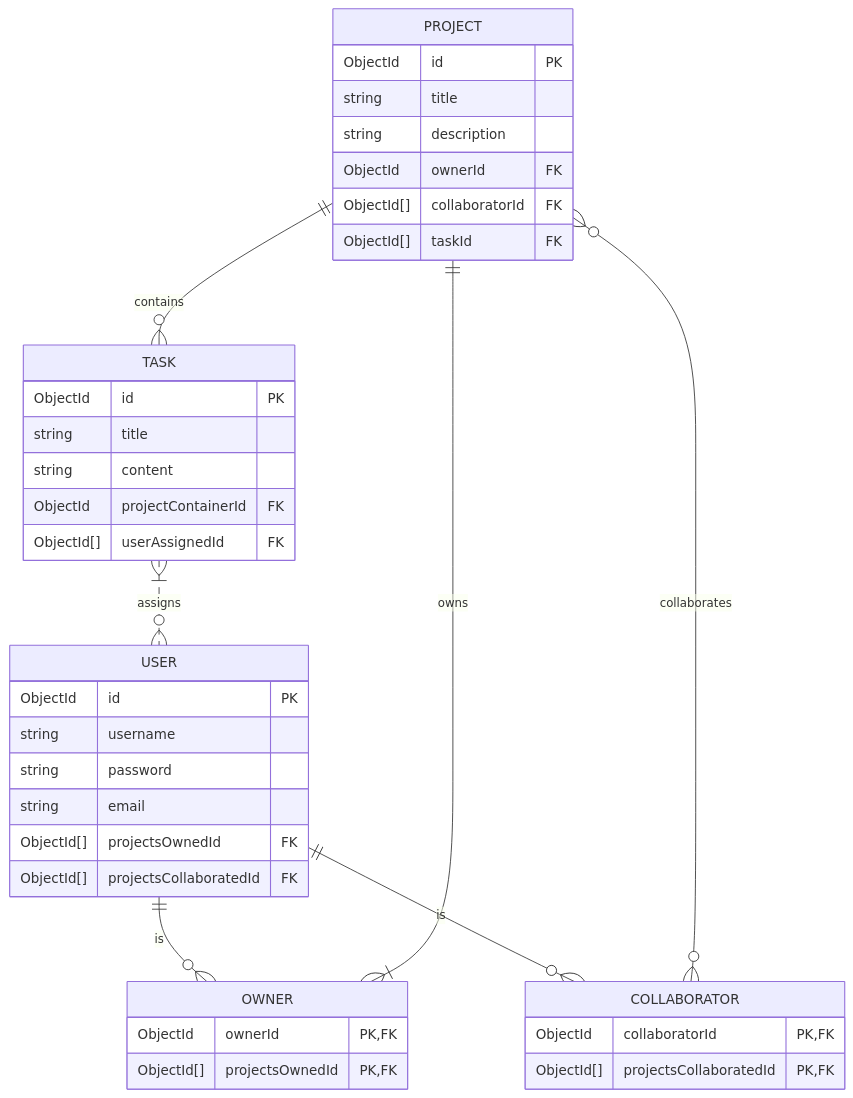
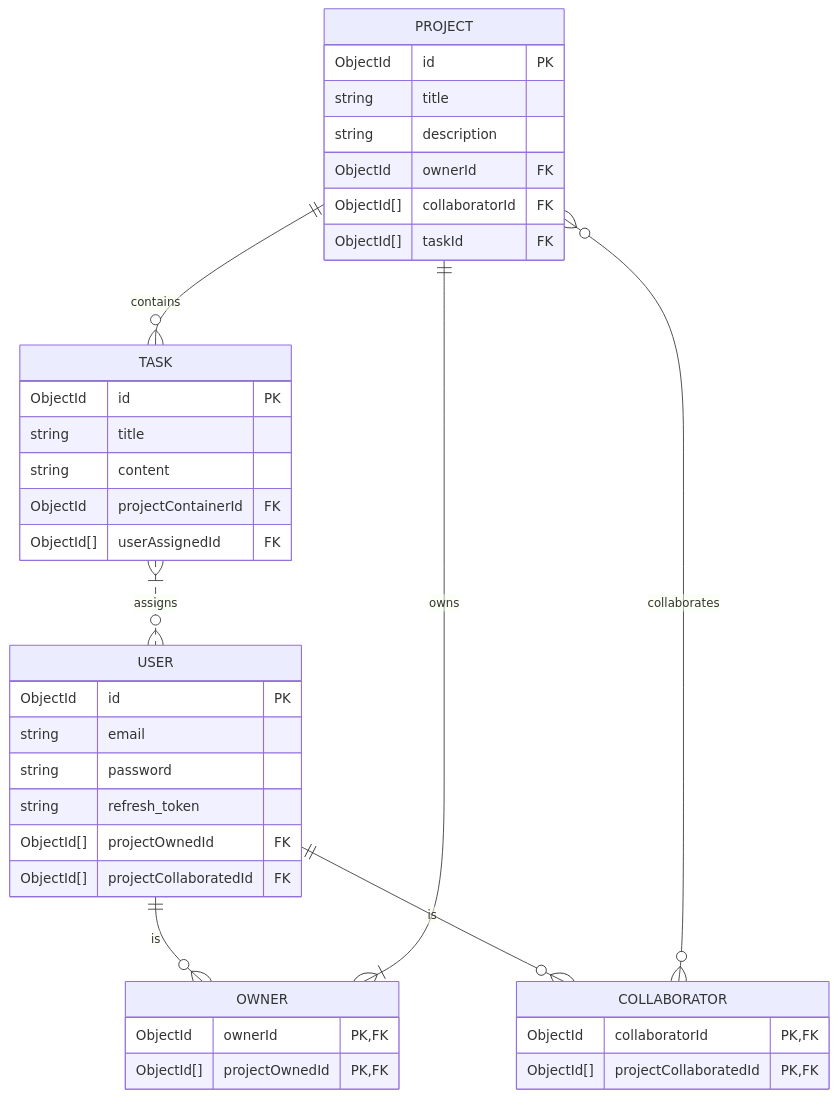
The diagram in README.md (jfvillablanca/bourne-task-app-api), drawn with Mermaid before and after one commit. The commit also changed 1 other file, not shown here.

Commit message:
Docs: update User schema in ER diagram

````diff
--- a/README.md
+++ b/README.md
@@ -117,40 +117,40 @@
 ```mermaid
 erDiagram
     PROJECT ||--o{ TASK: contains
     PROJECT {
         ObjectId id PK
         string title
         string description
         ObjectId ownerId FK
         ObjectId[] collaboratorId FK
         ObjectId[] taskId FK
     }
     USER ||--o{ OWNER: is
     USER ||--o{ COLLABORATOR: is
     USER {
         ObjectId id PK
-        string username
+        string email
         string password
-        string email
-        ObjectId[] projectsOwnedId FK
-        ObjectId[] projectsCollaboratedId FK
+        string refresh_token
+        ObjectId[] projectOwnedId FK
+        ObjectId[] projectCollaboratedId FK
     }
     TASK }|..o{ USER: assigns
     TASK {
         ObjectId id PK
         string title
         string content
         ObjectId projectContainerId FK
         ObjectId[] userAssignedId FK
     }
     OWNER }|--|| PROJECT: owns
     OWNER {
         ObjectId ownerId PK, FK
-        ObjectId[] projectsOwnedId PK, FK
+        ObjectId[] projectOwnedId PK, FK
     }
     COLLABORATOR }o--o{ PROJECT: collaborates
     COLLABORATOR {
         ObjectId collaboratorId PK, FK
-        ObjectId[] projectsCollaboratedId PK, FK
+        ObjectId[] projectCollaboratedId PK, FK
     }
 ```
````
